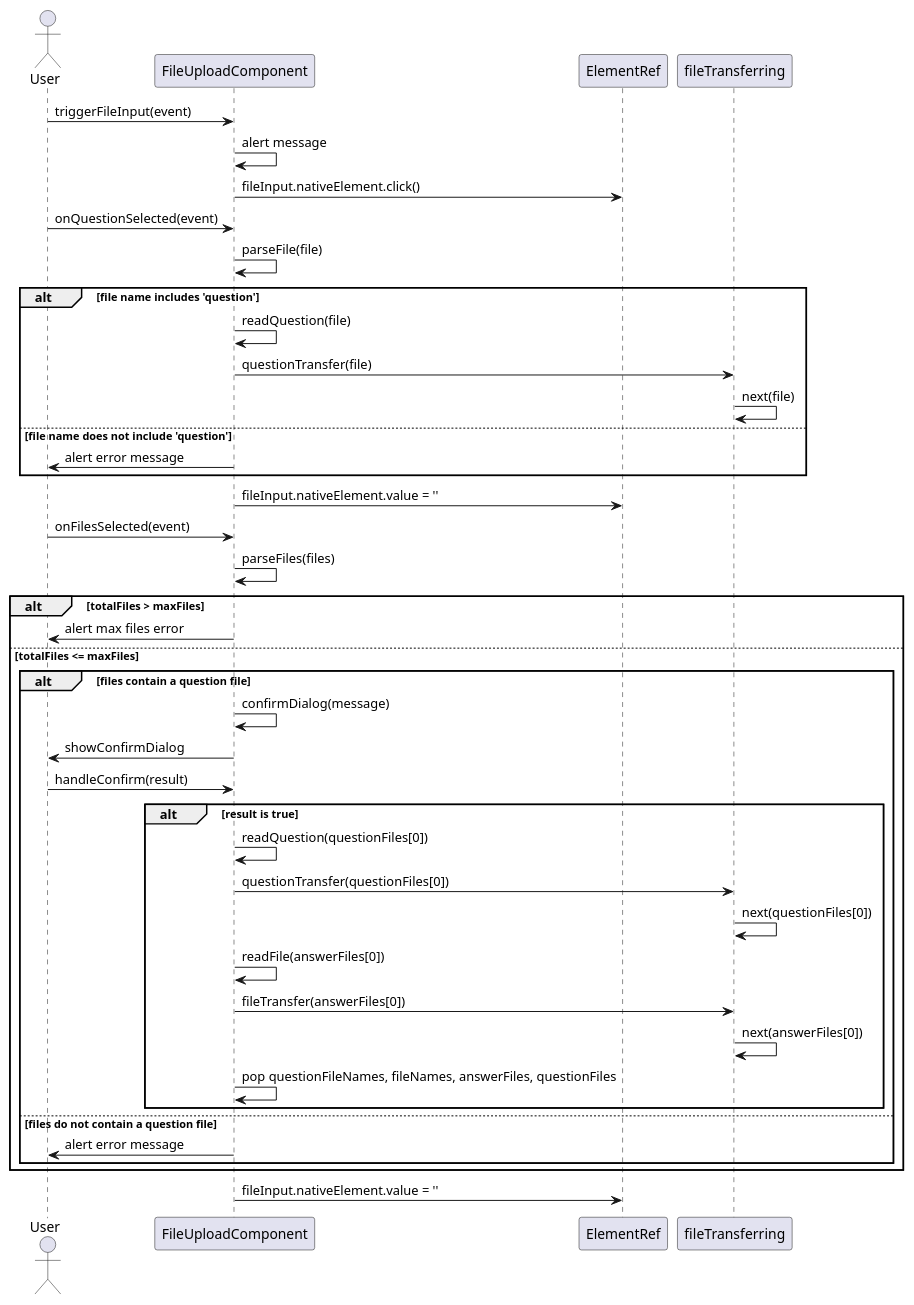
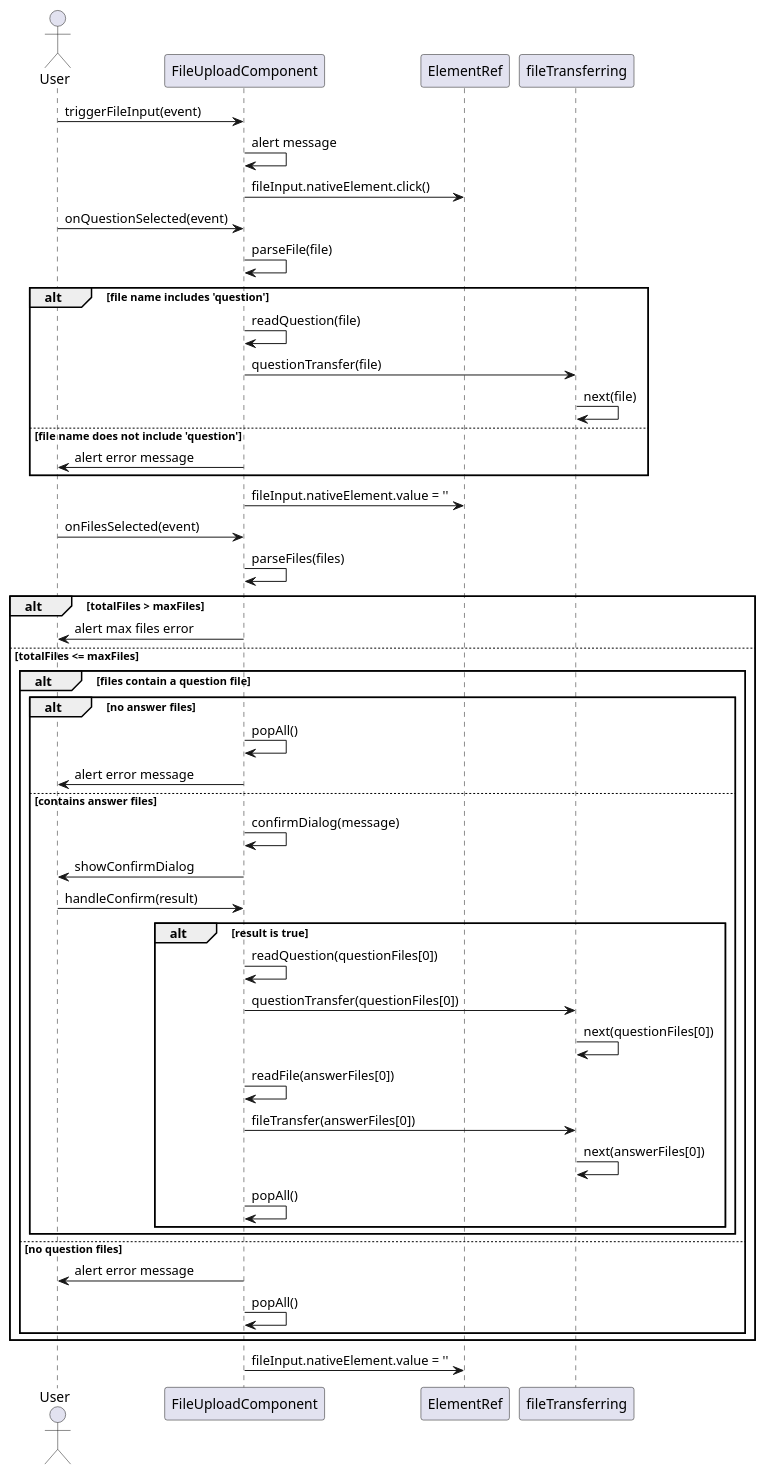
The diagram in Diagrams/Sequence Diagrams/Front End/file-uploadcomponent.wsd (NoahS20/Grad-Project), drawn with PlantUML before and after one commit. The commit also changed 5 other files, not shown here.

Commit message:
Fixed issue where file list was not being cleared and would result in uploading erroneous files

```diff
--- a/Diagrams/Sequence Diagrams/Front End/file-uploadcomponent.wsd
+++ b/Diagrams/Sequence Diagrams/Front End/file-uploadcomponent.wsd
@@ -1,47 +1,53 @@
 @startuml
 actor User
 
 participant FileUploadComponent
 participant ElementRef
 participant fileTransferring
 
 User -> FileUploadComponent: triggerFileInput(event)
 FileUploadComponent -> FileUploadComponent: alert message
 FileUploadComponent -> ElementRef: fileInput.nativeElement.click()
 
 User -> FileUploadComponent: onQuestionSelected(event)
 FileUploadComponent -> FileUploadComponent: parseFile(file)
 alt file name includes 'question'
     FileUploadComponent -> FileUploadComponent: readQuestion(file)
     FileUploadComponent -> fileTransferring: questionTransfer(file)
     fileTransferring -> fileTransferring: next(file)
 else file name does not include 'question'
     FileUploadComponent -> User: alert error message
 end
 FileUploadComponent -> ElementRef: fileInput.nativeElement.value = ''
 
 User -> FileUploadComponent: onFilesSelected(event)
 FileUploadComponent -> FileUploadComponent: parseFiles(files)
 alt totalFiles > maxFiles
     FileUploadComponent -> User: alert max files error
 else totalFiles <= maxFiles
     alt files contain a question file
-        FileUploadComponent -> FileUploadComponent: confirmDialog(message)
-        FileUploadComponent -> User: showConfirmDialog
-        User -> FileUploadComponent: handleConfirm(result)
-        alt result is true
-            FileUploadComponent -> FileUploadComponent: readQuestion(questionFiles[0])
-            FileUploadComponent -> fileTransferring: questionTransfer(questionFiles[0])
-            fileTransferring -> fileTransferring: next(questionFiles[0])
-            FileUploadComponent -> FileUploadComponent: readFile(answerFiles[0])
-            FileUploadComponent -> fileTransferring: fileTransfer(answerFiles[0])
-            fileTransferring -> fileTransferring: next(answerFiles[0])
-            FileUploadComponent -> FileUploadComponent: pop questionFileNames, fileNames, answerFiles, questionFiles
+        alt no answer files
+            FileUploadComponent -> FileUploadComponent: popAll()
+            FileUploadComponent -> User: alert error message
+        else contains answer files
+            FileUploadComponent -> FileUploadComponent: confirmDialog(message)
+            FileUploadComponent -> User: showConfirmDialog
+            User -> FileUploadComponent: handleConfirm(result)
+            alt result is true
+                FileUploadComponent -> FileUploadComponent: readQuestion(questionFiles[0])
+                FileUploadComponent -> fileTransferring: questionTransfer(questionFiles[0])
+                fileTransferring -> fileTransferring: next(questionFiles[0])
+                FileUploadComponent -> FileUploadComponent: readFile(answerFiles[0])
+                FileUploadComponent -> fileTransferring: fileTransfer(answerFiles[0])
+                fileTransferring -> fileTransferring: next(answerFiles[0])
+                FileUploadComponent -> FileUploadComponent: popAll()
+            end
         end
-    else files do not contain a question file
+    else no question files
         FileUploadComponent -> User: alert error message
+        FileUploadComponent -> FileUploadComponent: popAll()
     end
 end
 FileUploadComponent -> ElementRef: fileInput.nativeElement.value = ''
 
 @enduml
```
